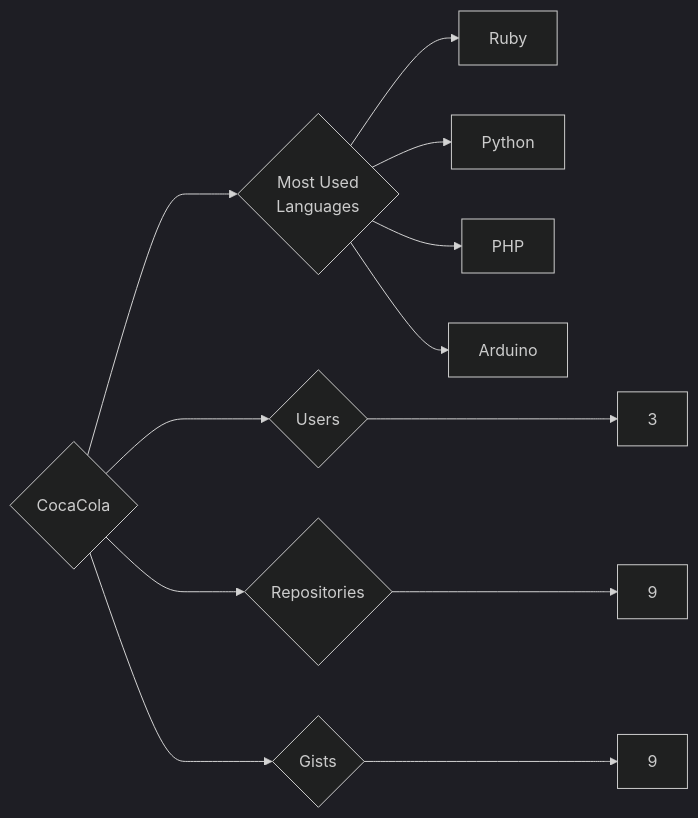
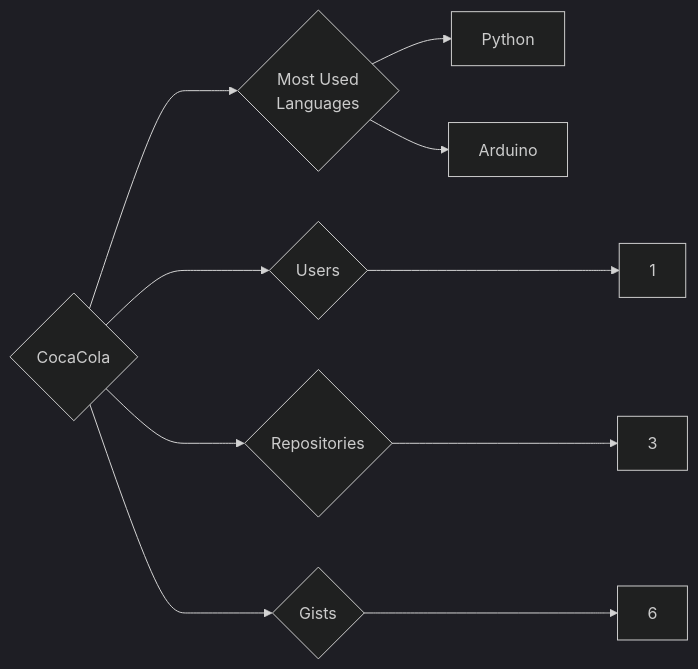
One commit to trickest/insiders changed the diagram in targets/CocaCola/README.md. Above: the diagram before and after it, drawn with Mermaid (dark theme). The commit also changed 997 other files, not shown here.

````diff
--- a/targets/CocaCola/README.md
+++ b/targets/CocaCola/README.md
@@ -3,12 +3,10 @@
 ```mermaid
 graph LR
 COMPANY_NAME{CocaCola}
-COMPANY_NAME ---> U{Users} ---> UN[3]
-COMPANY_NAME ---> R{Repositories} ---> RN[9]
-COMPANY_NAME ---> G{Gists} ---> GN[9]
+COMPANY_NAME ---> U{Users} ---> UN[1]
+COMPANY_NAME ---> R{Repositories} ---> RN[3]
+COMPANY_NAME ---> G{Gists} ---> GN[6]
 COMPANY_NAME ---> ML{Most Used<br>Languages}
-ML --> Ruby[Ruby]
 ML --> Python[Python]
-ML --> PHP[PHP]
 ML --> Arduino[Arduino]
 ```
````
